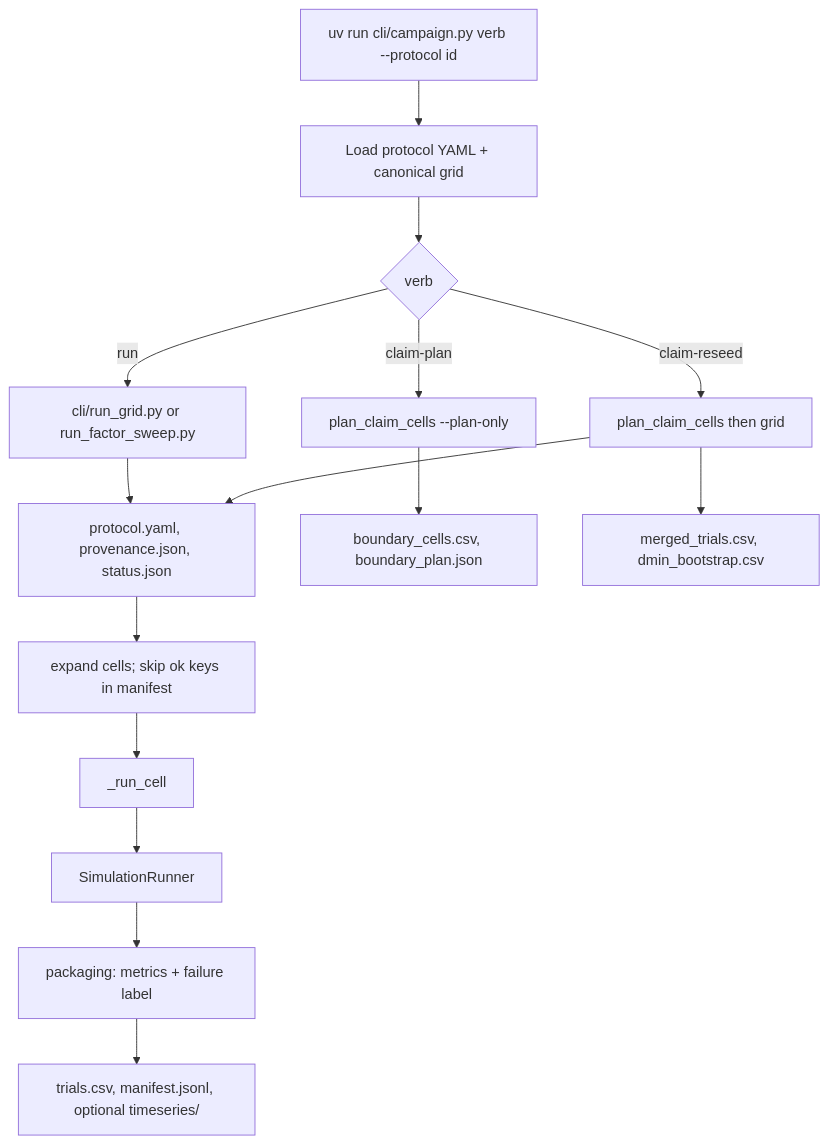
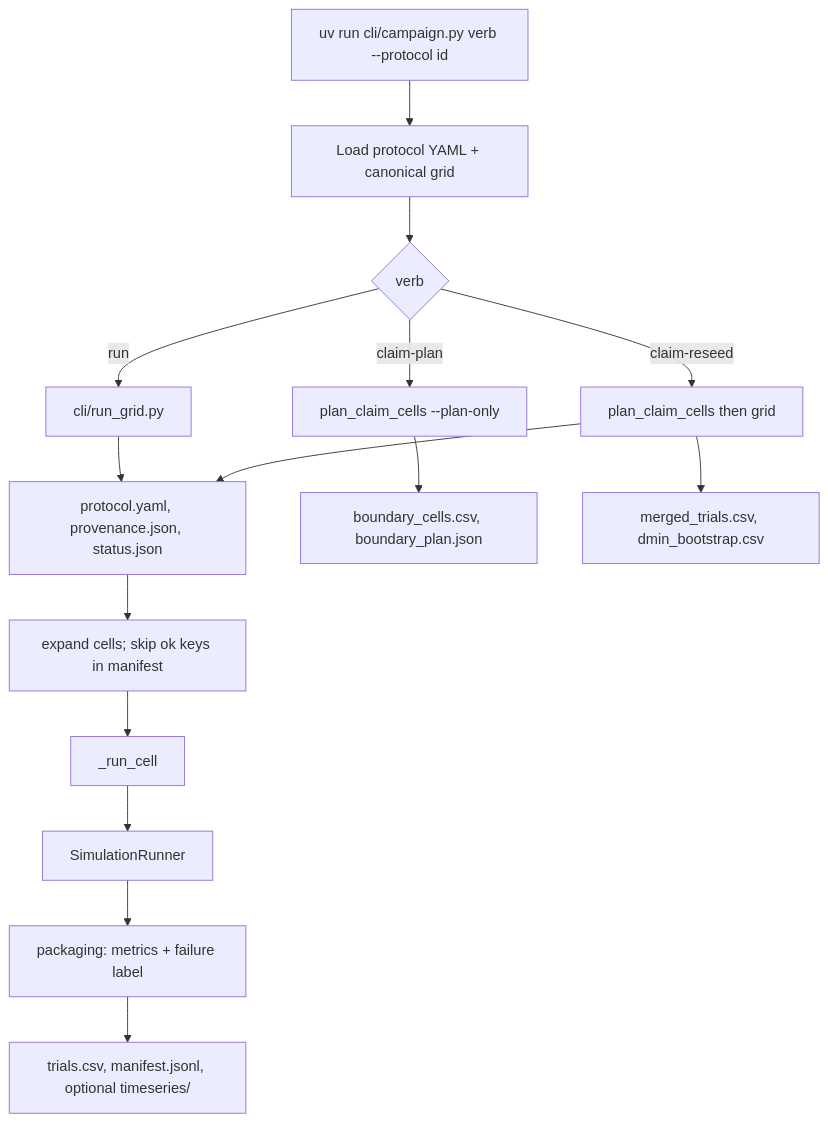
One commit to lykimq/HerdSim changed the third of 4 diagrams in docs/codes/architecture.md. Above: the diagram before and after it, drawn with Mermaid. The commit also changed other lines of this file and 101 other files, not shown here.

````diff
--- a/docs/codes/architecture.md
+++ b/docs/codes/architecture.md
@@ -119,22 +124,22 @@
 ```mermaid
 flowchart TB
   cmd["uv run cli/campaign.py verb --protocol id"]
   load["Load protocol YAML + canonical grid"]
   verb{"verb"}
 
   cmd --> load --> verb
 
-  verb -->|run| grid["cli/run_grid.py or run_factor_sweep.py"]
+  verb -->|run| grid["cli/run_grid.py"]
   verb -->|claim-plan| plan["plan_claim_cells --plan-only"]
   verb -->|claim-reseed| reseed["plan_claim_cells then grid"]
 
   grid --> prep["protocol.yaml, provenance.json, status.json"]
   reseed --> prep
   prep --> pool["expand cells; skip ok keys in manifest"]
   pool --> cell["_run_cell"]
   cell --> eng["SimulationRunner"]
   eng --> pack["packaging: metrics + failure label"]
   pack --> write["trials.csv, manifest.jsonl, optional timeseries/"]
   plan --> boundaries["boundary_cells.csv, boundary_plan.json"]
   reseed --> merge["merged_trials.csv, dmin_bootstrap.csv"]
 ```
````
